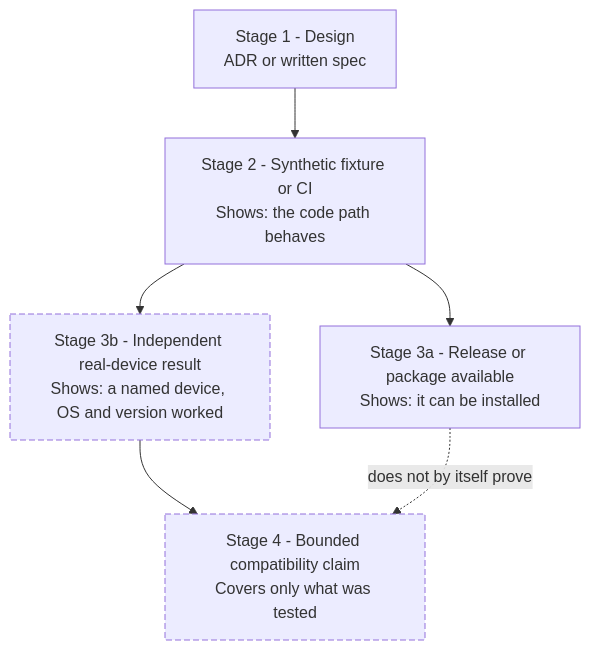
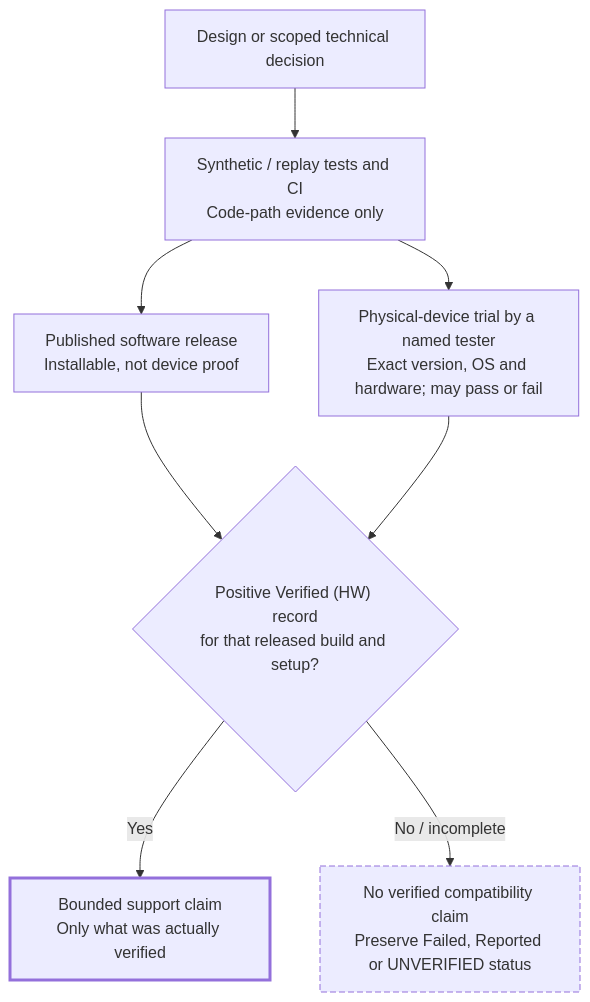
One commit to MSKazemi/yazses changed the first of 3 diagrams in docs/roadmap.md. Above: the diagram before and after it, drawn with Mermaid. The commit also changed other lines of this file, not shown here.

Commit message:
docs(roadmap): separate released, tested and conditional lanes in diagrams

````diff
--- a/docs/roadmap.md
+++ b/docs/roadmap.md
@@ -59,16 +61,21 @@
 ```mermaid
 flowchart TB
-    D["Stage 1 - Design<br/>ADR or written spec"]
-    S["Stage 2 - Synthetic fixture or CI<br/>Shows: the code path behaves"]
-    R["Stage 3a - Release or package available<br/>Shows: it can be installed"]
-    H["Stage 3b - Independent real-device result<br/>Shows: a named device, OS and version worked"]
-    C["Stage 4 - Bounded compatibility claim<br/>Covers only what was tested"]
-    D --> S
-    S --> R
-    S --> H
-    H --> C
-    R -.->|"does not by itself prove"| C
-    classDef proven stroke-width:3px
-    classDef pending stroke-dasharray:6 3
-    class H,C pending
+    D["Design or scoped technical decision"]
+    T["Synthetic / replay tests and CI<br/>Code-path evidence only"]
+    R["Published software release<br/>Installable, not device proof"]
+    H["Physical-device trial by a named tester<br/>Exact version, OS and hardware; may pass or fail"]
+    G{"Positive Verified (HW) record<br/>for that released build and setup?"}
+    S["Bounded support claim<br/>Only what was actually verified"]
+    U["No verified compatibility claim<br/>Preserve Failed, Reported or UNVERIFIED status"]
+    D --> T
+    T --> R
+    T --> H
+    R --> G
+    H --> G
+    G -->|"Yes"| S
+    G -->|"No / incomplete"| U
+    classDef verified stroke-width:3px
+    classDef unverified stroke-dasharray:6 3
+    class S verified
+    class U unverified
 ```
````
